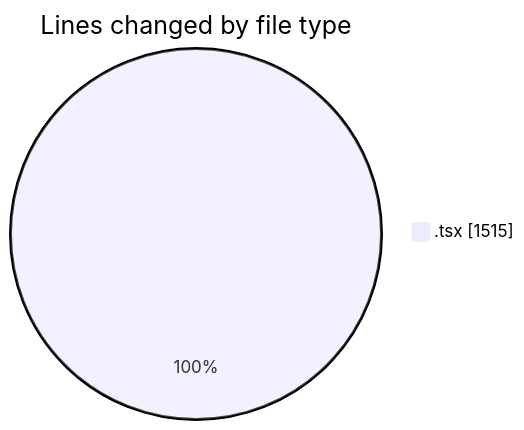
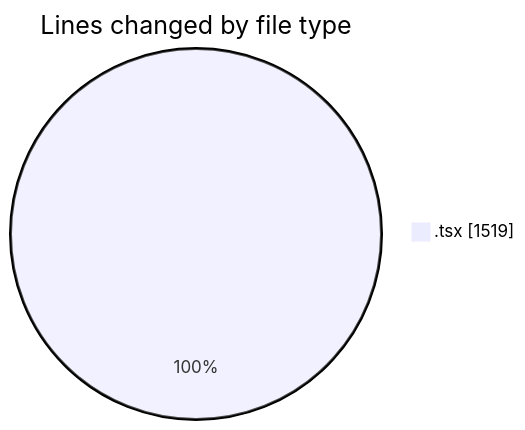
The first of 2 diagrams in 2026-06-16/nxtqube_webapp/README.md (nxtqubesakshisongat/code-tracking), drawn with Mermaid before and after one commit. The commit also changed other lines of this file and 1 other file, not shown here.

````diff
--- a/2026-06-16/nxtqube_webapp/README.md
+++ b/2026-06-16/nxtqube_webapp/README.md
@@ -22,5 +22,5 @@
 ```mermaid
 pie showData
 title Lines changed by file type
-".tsx" : 1515
+".tsx" : 1519
 ```
````
